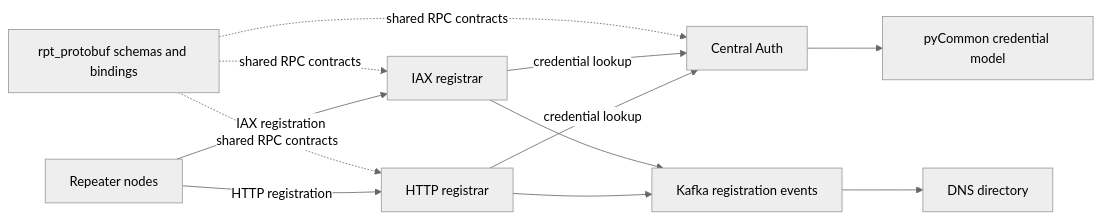
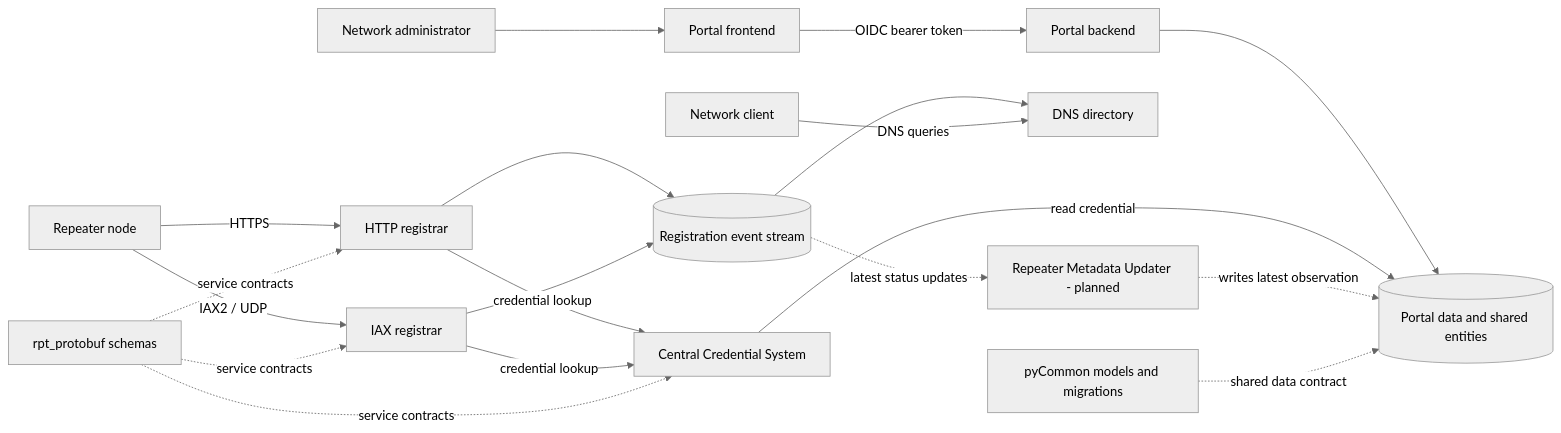
One commit to Hamlink-Canada/apt-rpt-docs changed the diagram in docs/components.md. Above: the diagram before and after it, drawn with Mermaid (neutral theme). The commit also changed other lines of this file and 14 other files, not shown here.

Commit message:
docs: reorganize Apt-RPT network guide

````diff
--- a/docs/components.md
+++ b/docs/components.md
@@ -9,14 +12,23 @@
 ```mermaid
 flowchart LR
-  Nodes[Repeater nodes] -->|HTTP registration| HTTP[HTTP registrar]
-  Nodes -->|IAX registration| IAX[IAX registrar]
-  HTTP -->|credential lookup| Auth[Central Auth]
+  User[Network administrator] --> PortalUI[Portal frontend]
+  PortalUI -->|OIDC bearer token| PortalAPI[Portal backend]
+  PortalAPI --> PortalDB[(Portal data and shared entities)]
+  Auth[Central Credential System] -->|read credential| PortalDB
+
+  Node[Repeater node] -->|HTTPS| HTTP[HTTP registrar]
+  Node -->|IAX2 / UDP| IAX[IAX registrar]
+  HTTP -->|credential lookup| Auth
   IAX -->|credential lookup| Auth
-  Auth --> Common[pyCommon credential model]
-  HTTP --> Kafka[Kafka registration events]
+  HTTP --> Kafka[(Registration event stream)]
   IAX --> Kafka
   Kafka --> DNS[DNS directory]
-  Proto[rpt_protobuf schemas and bindings] -. shared RPC contracts .-> HTTP
-  Proto -. shared RPC contracts .-> IAX
-  Proto -. shared RPC contracts .-> Auth
+  Client[Network client] -->|DNS queries| DNS
+
+  Kafka -. latest status updates .-> Updater[Repeater Metadata Updater - planned]
+  Updater -. writes latest observation .-> PortalDB
+  Common[pyCommon models and migrations] -. shared data contract .-> PortalDB
+  Proto[rpt_protobuf schemas] -. service contracts .-> HTTP
+  Proto -. service contracts .-> IAX
+  Proto -. service contracts .-> Auth
 ```
````
